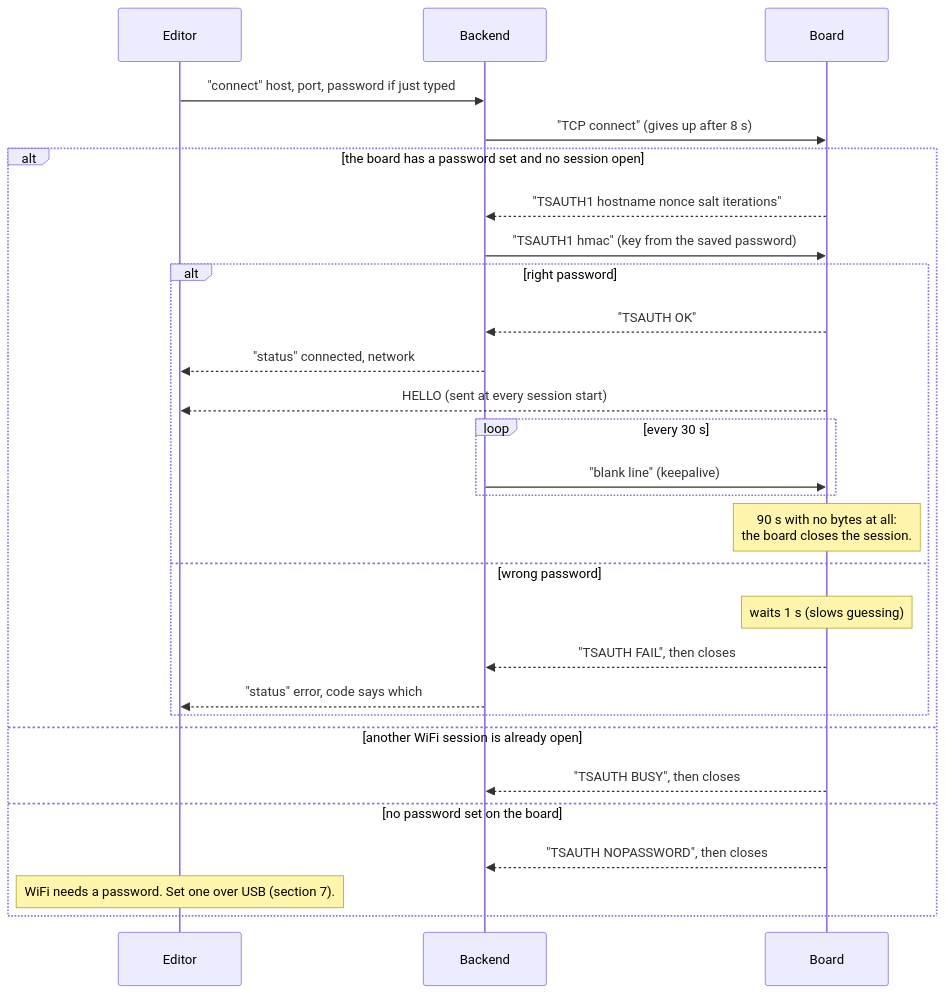
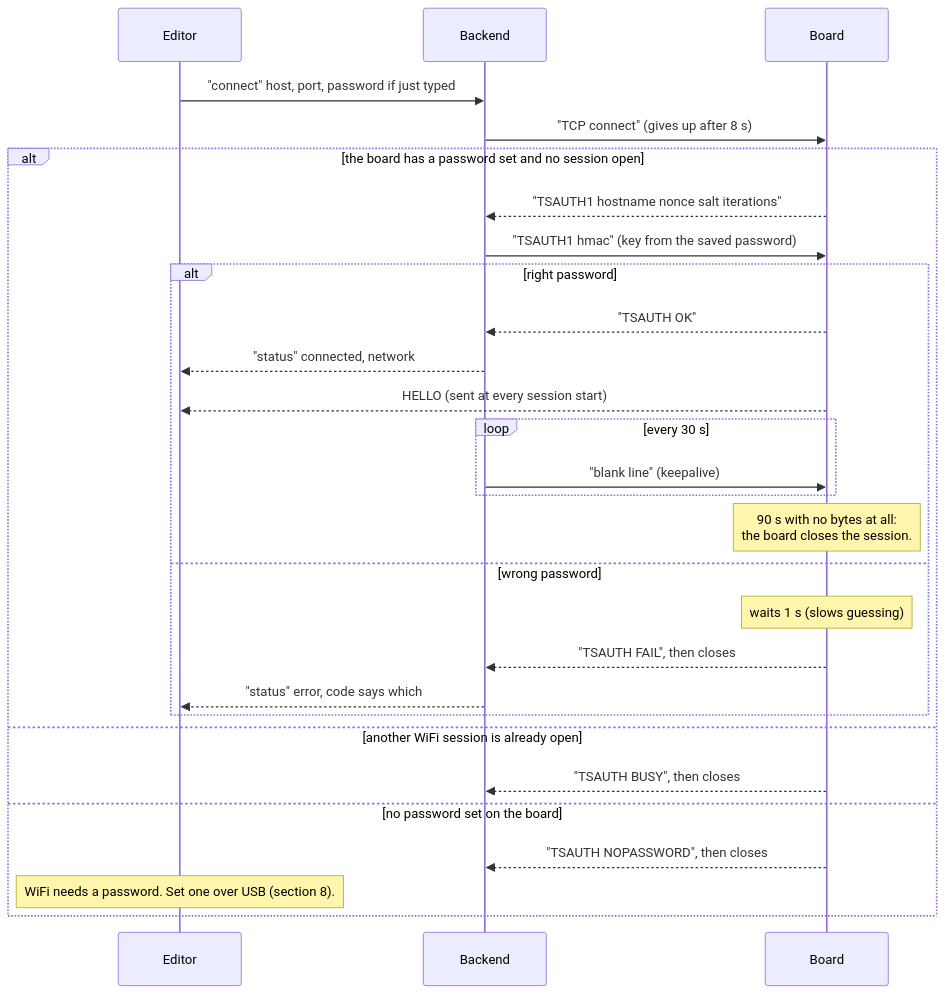
Before and after one commit to mkarliner/ThingStudio: the second of 11 diagrams in interfaces/protocol/SEQUENCES.md, drawn with Mermaid. The commit also changed other lines of this file and 8 other files, not shown here.

First line of the commit message:
docs: protocol diagrams, coverage, decisions and follow-up review for SPEC §7

````diff
--- a/interfaces/protocol/SEQUENCES.md
+++ b/interfaces/protocol/SEQUENCES.md
@@ -68,30 +69,30 @@
 ```mermaid
 sequenceDiagram
     participant E as Editor
     participant BE as Backend
     participant B as Board
     E->>BE: "connect" host, port, password if just typed
     BE->>B: "TCP connect" (gives up after 8 s)
     alt the board has a password set and no session open
         B-->>BE: "TSAUTH1 hostname nonce salt iterations"
         BE->>B: "TSAUTH1 hmac" (key from the saved password)
         alt right password
             B-->>BE: "TSAUTH OK"
             BE-->>E: "status" connected, network
             B-->>E: HELLO (sent at every session start)
             loop every 30 s
                 BE->>B: "blank line" (keepalive)
             end
             Note over B: 90 s with no bytes at all:<br/>the board closes the session.
         else wrong password
             Note over B: waits 1 s (slows guessing)
             B-->>BE: "TSAUTH FAIL", then closes
             BE-->>E: "status" error, code says which
         end
     else another WiFi session is already open
         B-->>BE: "TSAUTH BUSY", then closes
     else no password set on the board
         B-->>BE: "TSAUTH NOPASSWORD", then closes
-        Note over E: WiFi needs a password. Set one over USB (section 7).
+        Note over E: WiFi needs a password. Set one over USB (section 8).
     end
 ```
````
